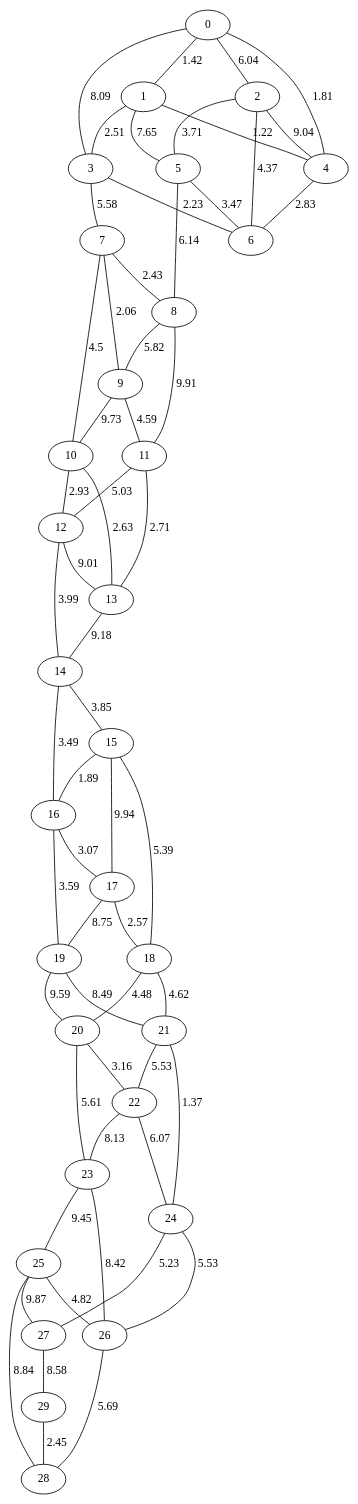
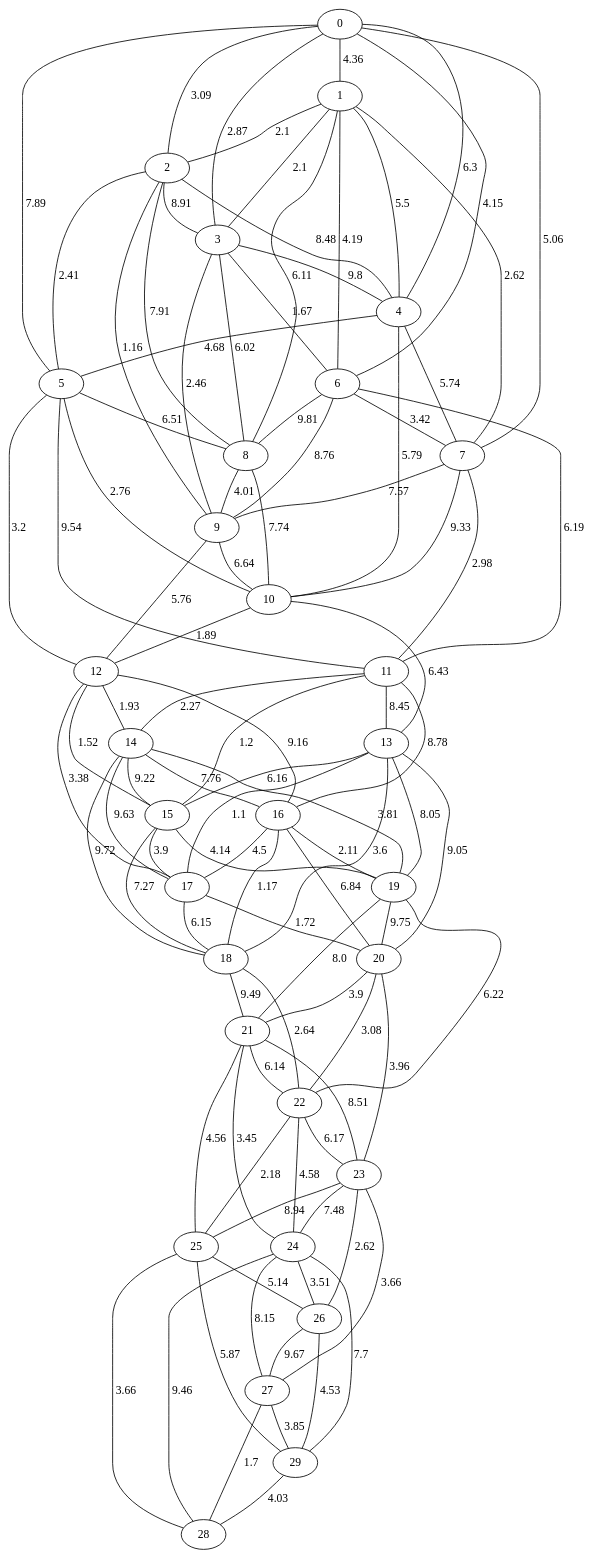
Before and after one commit to amorac4/DAA24: the diagram in Proyecto 3/ejemplos_grafo_dijkstra/grafo_Barabási-Albert_30.gv, drawn with Graphviz. The commit also changed 37 other files, not shown here.

```diff
--- a/Proyecto 3/ejemplos_grafo_dijkstra/grafo_Barabási-Albert_30.gv
+++ b/Proyecto 3/ejemplos_grafo_dijkstra/grafo_Barabási-Albert_30.gv
@@ -1,90 +1,132 @@
 graph G {
 "0";
 "1";
 "2";
 "3";
 "4";
 "5";
 "6";
 "7";
 "8";
 "9";
 "10";
 "11";
 "12";
 "13";
 "14";
 "15";
 "16";
 "17";
 "18";
 "19";
 "20";
 "21";
 "22";
 "23";
 "24";
 "25";
 "26";
 "27";
 "28";
 "29";
-    "1" -- "3"[label="2.51", len="2.51"];
-    "22" -- "23"[label="8.13", len="8.13"];
-    "5" -- "6"[label="3.47", len="3.47"];
-    "0" -- "2"[label="6.04", len="6.04"];
-    "29" -- "28"[label="2.45", len="2.45"];
-    "24" -- "26"[label="5.53", len="5.53"];
-    "26" -- "28"[label="5.69", len="5.69"];
-    "8" -- "9"[label="5.82", len="5.82"];
-    "15" -- "16"[label="1.89", len="1.89"];
-    "25" -- "27"[label="9.87", len="9.87"];
-    "23" -- "26"[label="8.42", len="8.42"];
-    "3" -- "7"[label="5.58", len="5.58"];
-    "2" -- "5"[label="3.71", len="3.71"];
-    "0" -- "3"[label="8.09", len="8.09"];
-    "5" -- "8"[label="6.14", len="6.14"];
-    "27" -- "29"[label="8.58", len="8.58"];
-    "16" -- "17"[label="3.07", len="3.07"];
-    "12" -- "13"[label="9.01", len="9.01"];
-    "24" -- "27"[label="5.23", len="5.23"];
-    "10" -- "12"[label="2.93", len="2.93"];
-    "25" -- "26"[label="4.82", len="4.82"];
-    "1" -- "5"[label="7.65", len="7.65"];
-    "9" -- "11"[label="4.59", len="4.59"];
-    "3" -- "6"[label="2.23", len="2.23"];
-    "0" -- "4"[label="1.81", len="1.81"];
-    "7" -- "10"[label="4.5", len="4.5"];
-    "15" -- "18"[label="5.39", len="5.39"];
-    "18" -- "20"[label="4.48", len="4.48"];
-    "11" -- "13"[label="2.71", len="2.71"];
-    "19" -- "21"[label="8.49", len="8.49"];
-    "23" -- "25"[label="9.45", len="9.45"];
-    "2" -- "6"[label="4.37", len="4.37"];
-    "17" -- "19"[label="8.75", len="8.75"];
-    "12" -- "14"[label="3.99", len="3.99"];
-    "20" -- "22"[label="3.16", len="3.16"];
-    "22" -- "24"[label="6.07", len="6.07"];
-    "8" -- "11"[label="9.91", len="9.91"];
-    "10" -- "13"[label="2.63", len="2.63"];
-    "1" -- "4"[label="1.22", len="1.22"];
-    "9" -- "10"[label="9.73", len="9.73"];
-    "14" -- "15"[label="3.85", len="3.85"];
-    "16" -- "19"[label="3.59", len="3.59"];
-    "18" -- "21"[label="4.62", len="4.62"];
-    "11" -- "12"[label="5.03", len="5.03"];
-    "19" -- "20"[label="9.59", len="9.59"];
-    "25" -- "28"[label="8.84", len="8.84"];
-    "7" -- "9"[label="2.06", len="2.06"];
-    "0" -- "1"[label="1.42", len="1.42"];
-    "15" -- "17"[label="9.94", len="9.94"];
-    "17" -- "18"[label="2.57", len="2.57"];
-    "20" -- "23"[label="5.61", len="5.61"];
-    "4" -- "6"[label="2.83", len="2.83"];
-    "14" -- "16"[label="3.49", len="3.49"];
-    "13" -- "14"[label="9.18", len="9.18"];
-    "21" -- "22"[label="5.53", len="5.53"];
-    "7" -- "8"[label="2.43", len="2.43"];
-    "2" -- "4"[label="9.04", len="9.04"];
-    "21" -- "24"[label="1.37", len="1.37"];
+    "6" -- "9"[label="8.76", len="8.76"];
+    "14" -- "17"[label="9.63", len="9.63"];
+    "0" -- "7"[label="5.06", len="5.06"];
+    "17" -- "20"[label="1.72", len="1.72"];
+    "13" -- "17"[label="1.1", len="1.1"];
+    "1" -- "6"[label="4.19", len="4.19"];
+    "23" -- "26"[label="2.62", len="2.62"];
+    "2" -- "5"[label="2.41", len="2.41"];
+    "5" -- "8"[label="6.51", len="6.51"];
+    "6" -- "7"[label="3.42", len="3.42"];
+    "24" -- "27"[label="8.15", len="8.15"];
+    "14" -- "18"[label="9.72", len="9.72"];
+    "25" -- "26"[label="5.14", len="5.14"];
+    "12" -- "17"[label="3.38", len="3.38"];
+    "0" -- "4"[label="6.3", len="6.3"];
+    "13" -- "20"[label="9.05", len="9.05"];
+    "27" -- "28"[label="1.7", len="1.7"];
+    "23" -- "25"[label="8.94", len="8.94"];
+    "4" -- "10"[label="5.79", len="5.79"];
+    "5" -- "11"[label="9.54", len="9.54"];
+    "4" -- "5"[label="4.68", len="4.68"];
+    "10" -- "13"[label="6.43", len="6.43"];
+    "14" -- "15"[label="9.22", len="9.22"];
+    "16" -- "19"[label="2.11", len="2.11"];
+    "0" -- "1"[label="4.36", len="4.36"];
+    "17" -- "18"[label="6.15", len="6.15"];
+    "22" -- "25"[label="2.18", len="2.18"];
+    "11" -- "15"[label="1.2", len="1.2"];
+    "21" -- "24"[label="3.45", len="3.45"];
+    "11" -- "16"[label="8.78", len="8.78"];
+    "22" -- "23"[label="6.17", len="6.17"];
+    "8" -- "9"[label="4.01", len="4.01"];
+    "20" -- "21"[label="3.9", len="3.9"];
+    "26" -- "29"[label="4.53", len="4.53"];
+    "3" -- "6"[label="1.67", len="1.67"];
+    "24" -- "28"[label="9.46", len="9.46"];
+    "6" -- "11"[label="6.19", len="6.19"];
+    "14" -- "19"[label="3.81", len="3.81"];
+    "0" -- "5"[label="7.89", len="7.89"];
+    "13" -- "19"[label="8.05", len="8.05"];
+    "18" -- "21"[label="9.49", len="9.49"];
+    "23" -- "24"[label="7.48", len="7.48"];
+    "5" -- "10"[label="2.76", len="2.76"];
+    "16" -- "20"[label="6.84", len="6.84"];
+    "0" -- "2"[label="3.09", len="3.09"];
+    "1" -- "3"[label="2.1", len="2.1"];
+    "18" -- "22"[label="2.64", len="2.64"];
+    "29" -- "28"[label="4.03", len="4.03"];
+    "2" -- "8"[label="7.91", len="7.91"];
+    "11" -- "14"[label="2.27", len="2.27"];
+    "19" -- "22"[label="6.22", len="6.22"];
+    "7" -- "11"[label="2.98", len="2.98"];
+    "15" -- "19"[label="4.14", len="4.14"];
+    "16" -- "17"[label="4.5", len="4.5"];
+    "8" -- "10"[label="7.74", len="7.74"];
+    "11" -- "13"[label="8.45", len="8.45"];
+    "19" -- "21"[label="8.0", len="8.0"];
+    "25" -- "29"[label="5.87", len="5.87"];
+    "12" -- "14"[label="1.93", len="1.93"];
+    "20" -- "22"[label="3.08", len="3.08"];
+    "13" -- "15"[label="6.16", len="6.16"];
+    "21" -- "23"[label="8.51", len="8.51"];
+    "1" -- "4"[label="5.5", len="5.5"];
+    "3" -- "9"[label="2.46", len="2.46"];
+    "2" -- "3"[label="8.91", len="8.91"];
+    "24" -- "29"[label="7.7", len="7.7"];
+    "6" -- "8"[label="9.81", len="9.81"];
+    "14" -- "16"[label="7.76", len="7.76"];
+    "0" -- "6"[label="4.15", len="4.15"];
+    "13" -- "18"[label="3.6", len="3.6"];
+    "1" -- "7"[label="2.62", len="2.62"];
+    "23" -- "27"[label="3.66", len="3.66"];
+    "3" -- "4"[label="9.8", len="9.8"];
+    "2" -- "4"[label="8.48", len="8.48"];
+    "9" -- "12"[label="5.76", len="5.76"];
+    "4" -- "7"[label="5.74", len="5.74"];
+    "24" -- "26"[label="3.51", len="3.51"];
+    "12" -- "16"[label="9.16", len="9.16"];
+    "0" -- "3"[label="2.87", len="2.87"];
+    "27" -- "29"[label="3.85", len="3.85"];
+    "1" -- "2"[label="2.1", len="2.1"];
+    "2" -- "9"[label="1.16", len="1.16"];
+    "5" -- "12"[label="3.2", len="3.2"];
+    "10" -- "12"[label="1.89", len="1.89"];
+    "7" -- "10"[label="9.33", len="9.33"];
+    "15" -- "18"[label="7.27", len="7.27"];
+    "16" -- "18"[label="1.17", len="1.17"];
+    "22" -- "24"[label="4.58", len="4.58"];
+    "9" -- "10"[label="6.64", len="6.64"];
+    "19" -- "20"[label="9.75", len="9.75"];
+    "25" -- "28"[label="3.66", len="3.66"];
+    "7" -- "9"[label="7.57", len="7.57"];
+    "15" -- "17"[label="3.9", len="3.9"];
+    "21" -- "25"[label="4.56", len="4.56"];
+    "12" -- "15"[label="1.52", len="1.52"];
+    "20" -- "23"[label="3.96", len="3.96"];
+    "26" -- "27"[label="9.67", len="9.67"];
+    "21" -- "22"[label="6.14", len="6.14"];
+    "3" -- "8"[label="6.02", len="6.02"];
+    "1" -- "8"[label="6.11", len="6.11"];
 }
```
